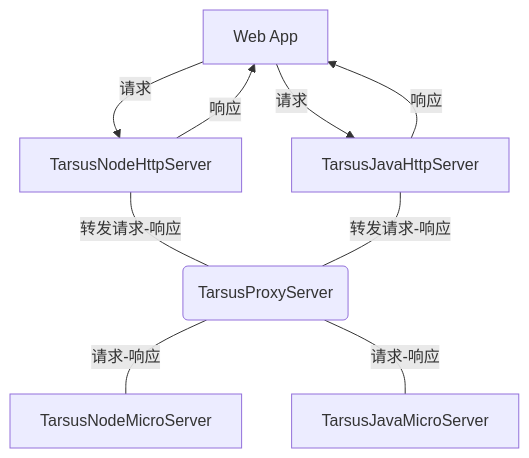
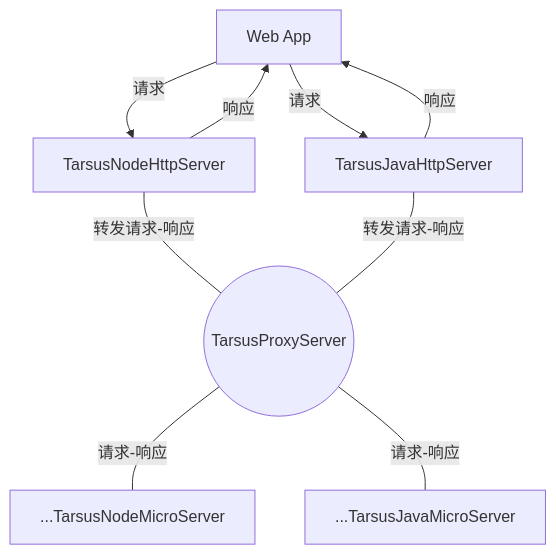
One commit to chelizichen/TarsusFrameWork changed the diagram in readme.md. Above: the diagram before and after it, drawn with Mermaid. The commit also changed other lines of this file and 1 other file, not shown here.

````diff
--- a/readme.md
+++ b/readme.md
@@ -18,18 +24,19 @@
 ```mermaid
 graph TD
 
   A1[Web App] -->|请求| B1[TarsusNodeHttpServer]
   A1[Web App] -->|请求| B2[TarsusJavaHttpServer]
 
   B1 -->|响应| A1
   B2 -->|响应| A1
   
-  B1 ---|转发请求-响应| C(TarsusProxyServer)
-  B2 ---|转发请求-响应| C(TarsusProxyServer)
+  B1 ---|转发请求-响应| C((TarsusProxyServer))
+  B2 ---|转发请求-响应| C
   
 
 
-  C ---|请求-响应| D[TarsusNodeMicroServer]
-  C ---|请求-响应| E[TarsusJavaMicroServer]
+
+  C ---|请求-响应| D[...TarsusNodeMicroServer]
+  C ---|请求-响应| E[...TarsusJavaMicroServer]
 
 ```
````
